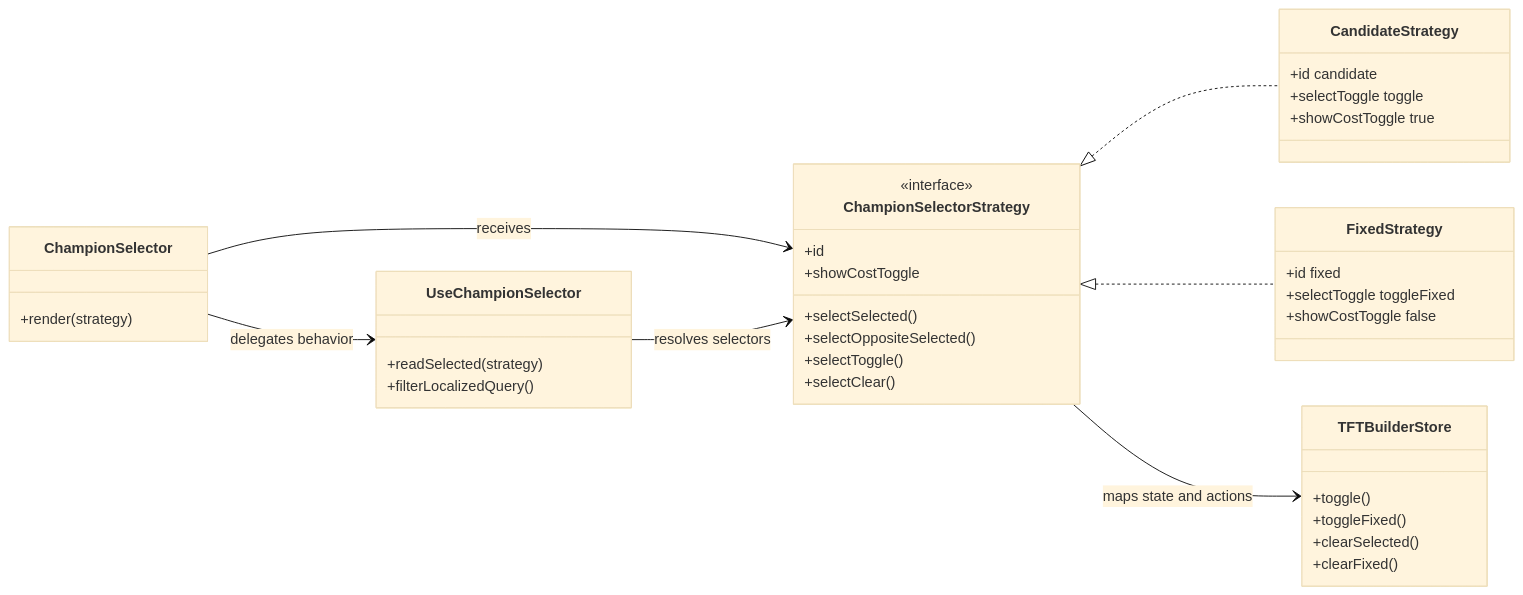
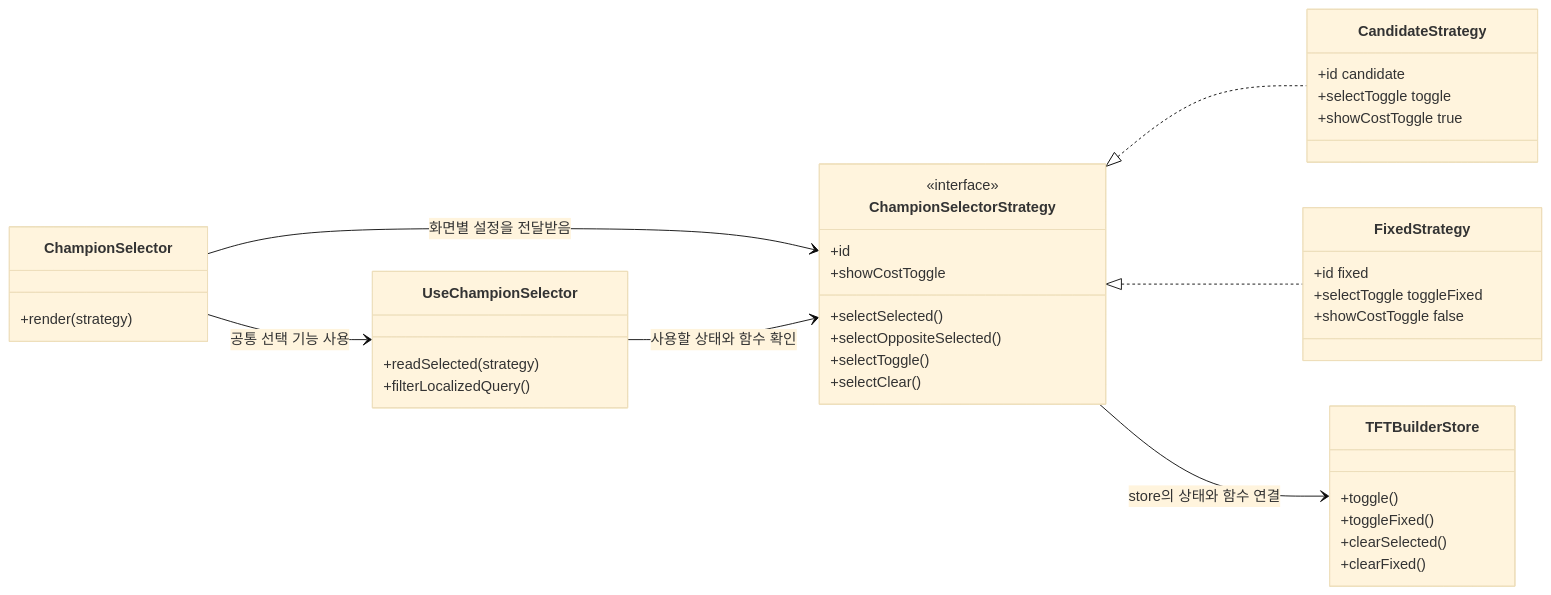
One commit to kimdol/my-tft-app changed the fourth of 6 diagrams in vite-project/src/features/README.md. Above: the diagram before and after it, drawn with Mermaid (base theme). The commit also changed other lines of this file, not shown here.

Commit message:
Simplify feature architecture documentation

````diff
--- a/vite-project/src/features/README.md
+++ b/vite-project/src/features/README.md
@@ -178,43 +176,43 @@
 ```mermaid
 classDiagram
     direction LR
     class ChampionSelectorStrategy {
         <<interface>>
         +id
         +selectSelected()
         +selectOppositeSelected()
         +selectToggle()
         +selectClear()
         +showCostToggle
     }
     class CandidateStrategy {
         +id candidate
         +selectToggle toggle
         +showCostToggle true
     }
     class FixedStrategy {
         +id fixed
         +selectToggle toggleFixed
         +showCostToggle false
     }
     class ChampionSelector {
         +render(strategy)
     }
     class UseChampionSelector {
         +readSelected(strategy)
         +filterLocalizedQuery()
     }
     class TFTBuilderStore {
         +toggle()
         +toggleFixed()
         +clearSelected()
         +clearFixed()
     }
 
     ChampionSelectorStrategy <|.. CandidateStrategy
     ChampionSelectorStrategy <|.. FixedStrategy
-    ChampionSelector --> ChampionSelectorStrategy : receives
-    ChampionSelector --> UseChampionSelector : delegates behavior
-    UseChampionSelector --> ChampionSelectorStrategy : resolves selectors
-    ChampionSelectorStrategy --> TFTBuilderStore : maps state and actions
+    ChampionSelector --> ChampionSelectorStrategy : 화면별 설정을 전달받음
+    ChampionSelector --> UseChampionSelector : 공통 선택 기능 사용
+    UseChampionSelector --> ChampionSelectorStrategy : 사용할 상태와 함수 확인
+    ChampionSelectorStrategy --> TFTBuilderStore : store의 상태와 함수 연결
 ```
````
